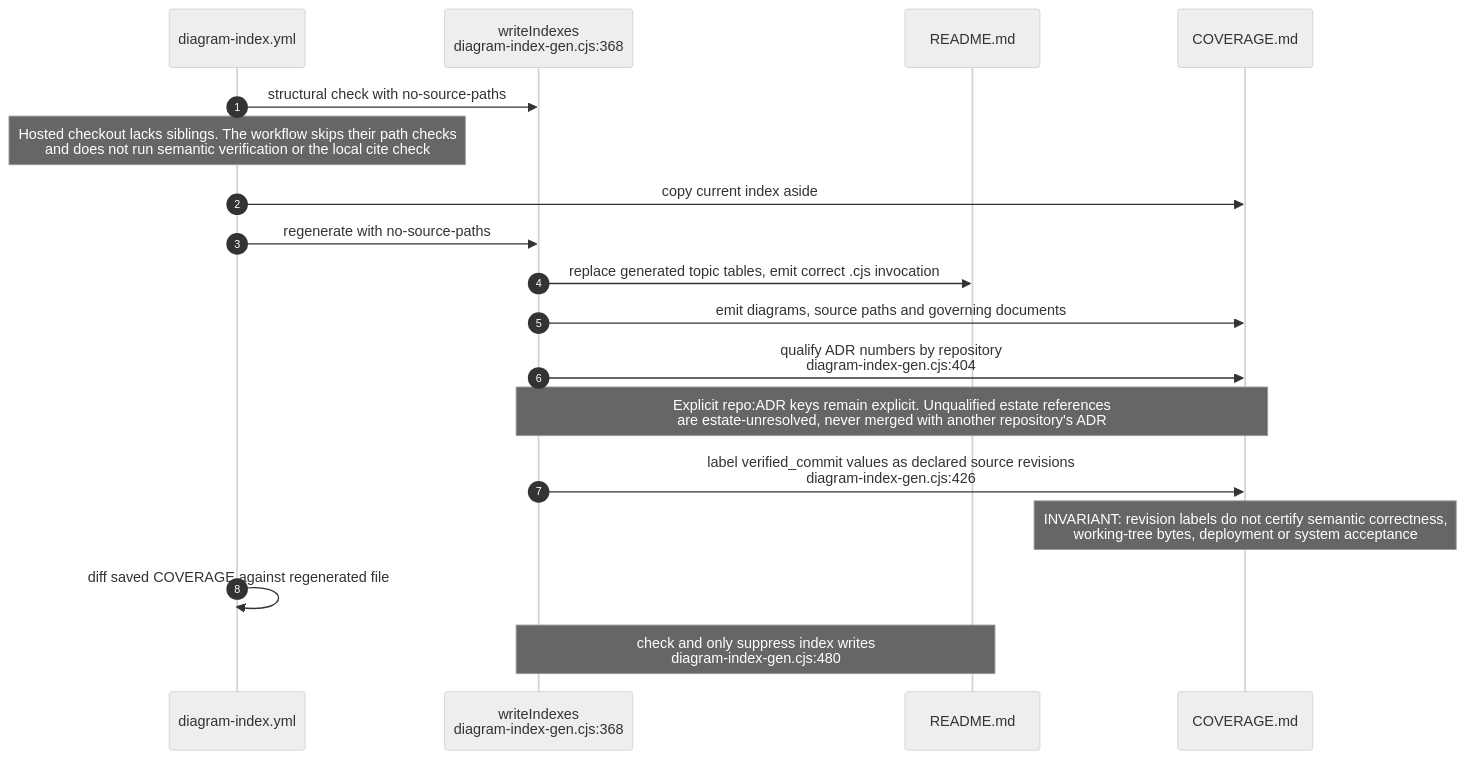
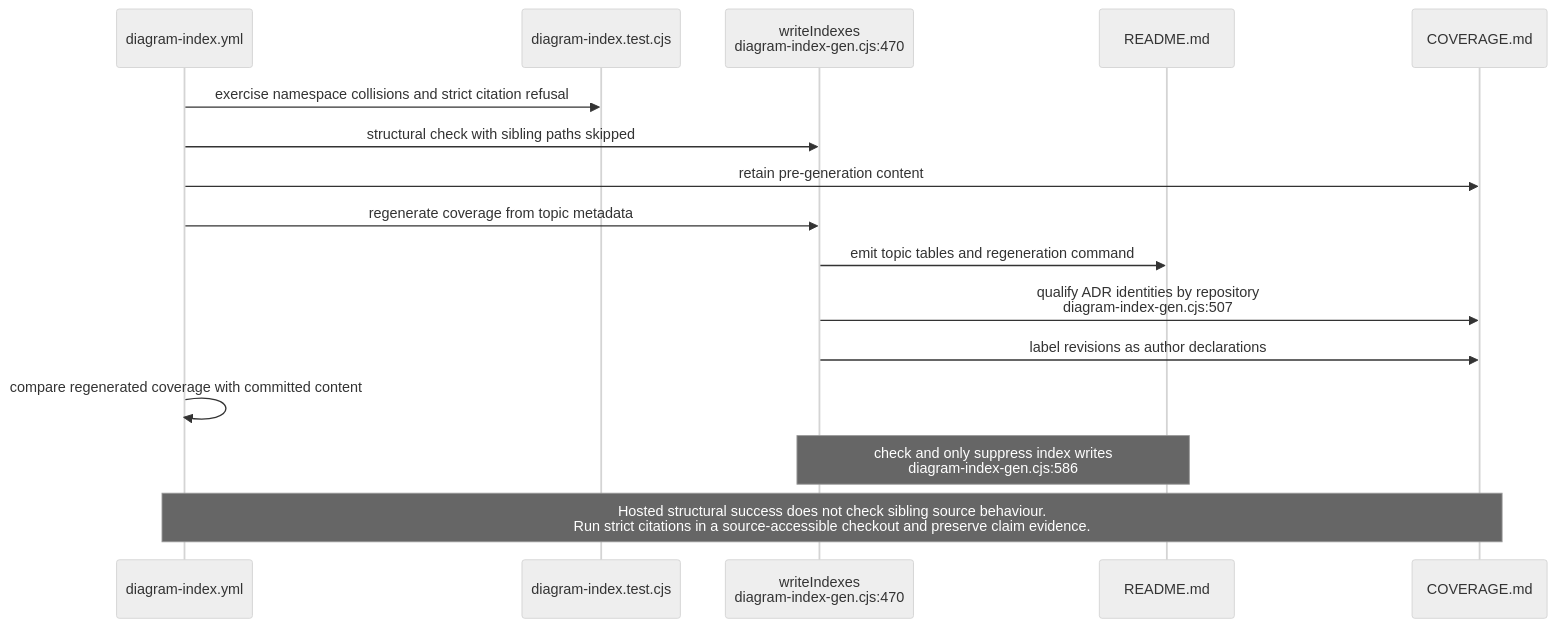
Diagram 12 of 13 in docs/diagrams/visionflow/06-diagram-tooling.md (DreamLab-AI/VisionFlow), drawn with Mermaid (neutral theme) before and after one commit. The commit also changed other lines of this file and 20 other files, not shown here.

Commit message:
fix: enforce citation checks and implement estate closeout tooling

````diff
--- a/docs/diagrams/visionflow/06-diagram-tooling.md
+++ b/docs/diagrams/visionflow/06-diagram-tooling.md
@@ -363,20 +355,18 @@
 ```mermaid
 sequenceDiagram
-    autonumber
     participant CI as diagram-index.yml
-    participant G as writeIndexes<br/>diagram-index-gen.cjs:368
+    participant T as diagram-index.test.cjs
+    participant G as writeIndexes<br/>diagram-index-gen.cjs:470
     participant RM as README.md
     participant CV as COVERAGE.md
-    CI->>G: structural check with no-source-paths
-    Note over CI: Hosted checkout lacks siblings. The workflow skips their path checks<br/>and does not run semantic verification or the local cite check
-    CI->>CV: copy current index aside
-    CI->>G: regenerate with no-source-paths
-    G->>RM: replace generated topic tables, emit correct .cjs invocation
-    G->>CV: emit diagrams, source paths and governing documents
-    G->>CV: qualify ADR numbers by repository<br/>diagram-index-gen.cjs:404
-    Note over G,CV: Explicit repo:ADR keys remain explicit. Unqualified estate references<br/>are estate-unresolved, never merged with another repository's ADR
-    G->>CV: label verified_commit values as declared source revisions<br/>diagram-index-gen.cjs:426
-    Note over CV: INVARIANT: revision labels do not certify semantic correctness,<br/>working-tree bytes, deployment or system acceptance
-    CI->>CI: diff saved COVERAGE against regenerated file
-    Note over G,RM: check and only suppress index writes<br/>diagram-index-gen.cjs:480
+    CI->>T: exercise namespace collisions and strict citation refusal
+    CI->>G: structural check with sibling paths skipped
+    CI->>CV: retain pre-generation content
+    CI->>G: regenerate coverage from topic metadata
+    G->>RM: emit topic tables and regeneration command
+    G->>CV: qualify ADR identities by repository<br/>diagram-index-gen.cjs:507
+    G->>CV: label revisions as author declarations
+    CI->>CI: compare regenerated coverage with committed content
+    Note over G,RM: check and only suppress index writes<br/>diagram-index-gen.cjs:586
+    Note over CI,CV: Hosted structural success does not check sibling source behaviour.<br/>Run strict citations in a source-accessible checkout and preserve claim evidence.
 ```
````
